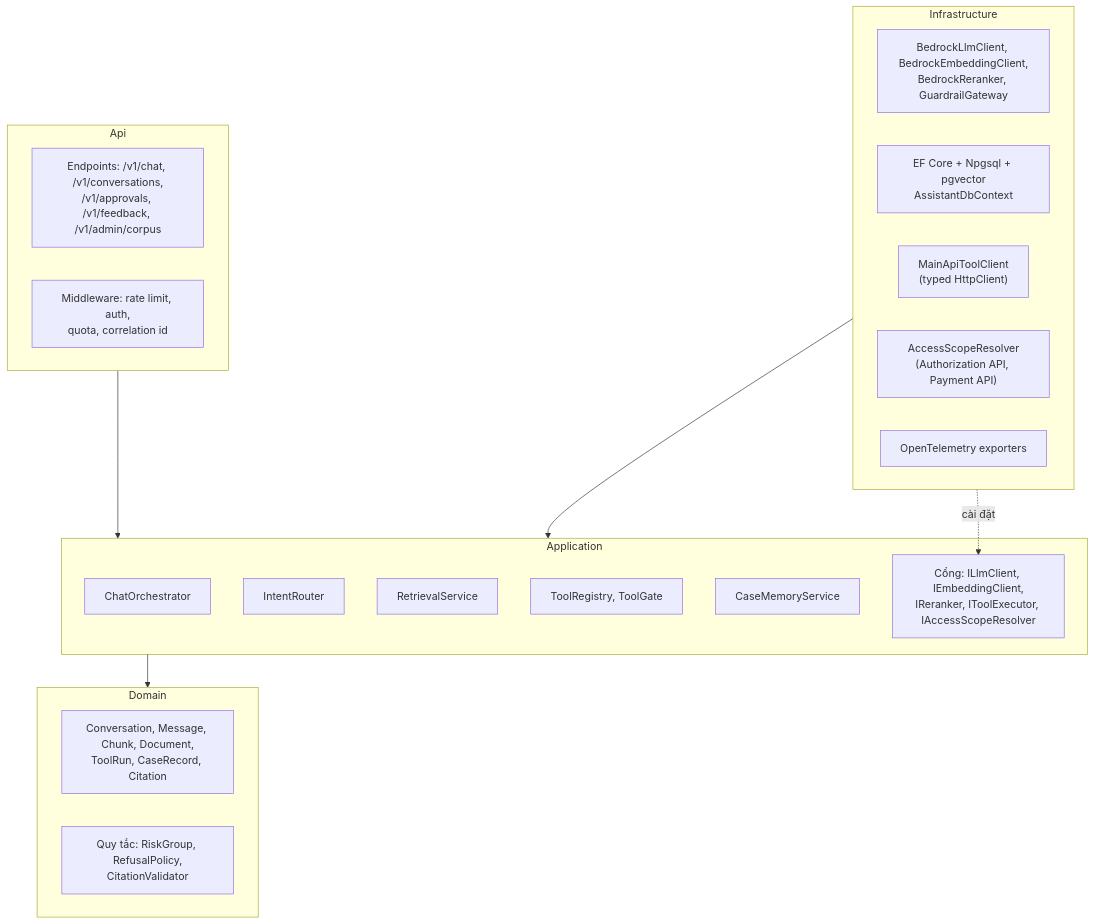
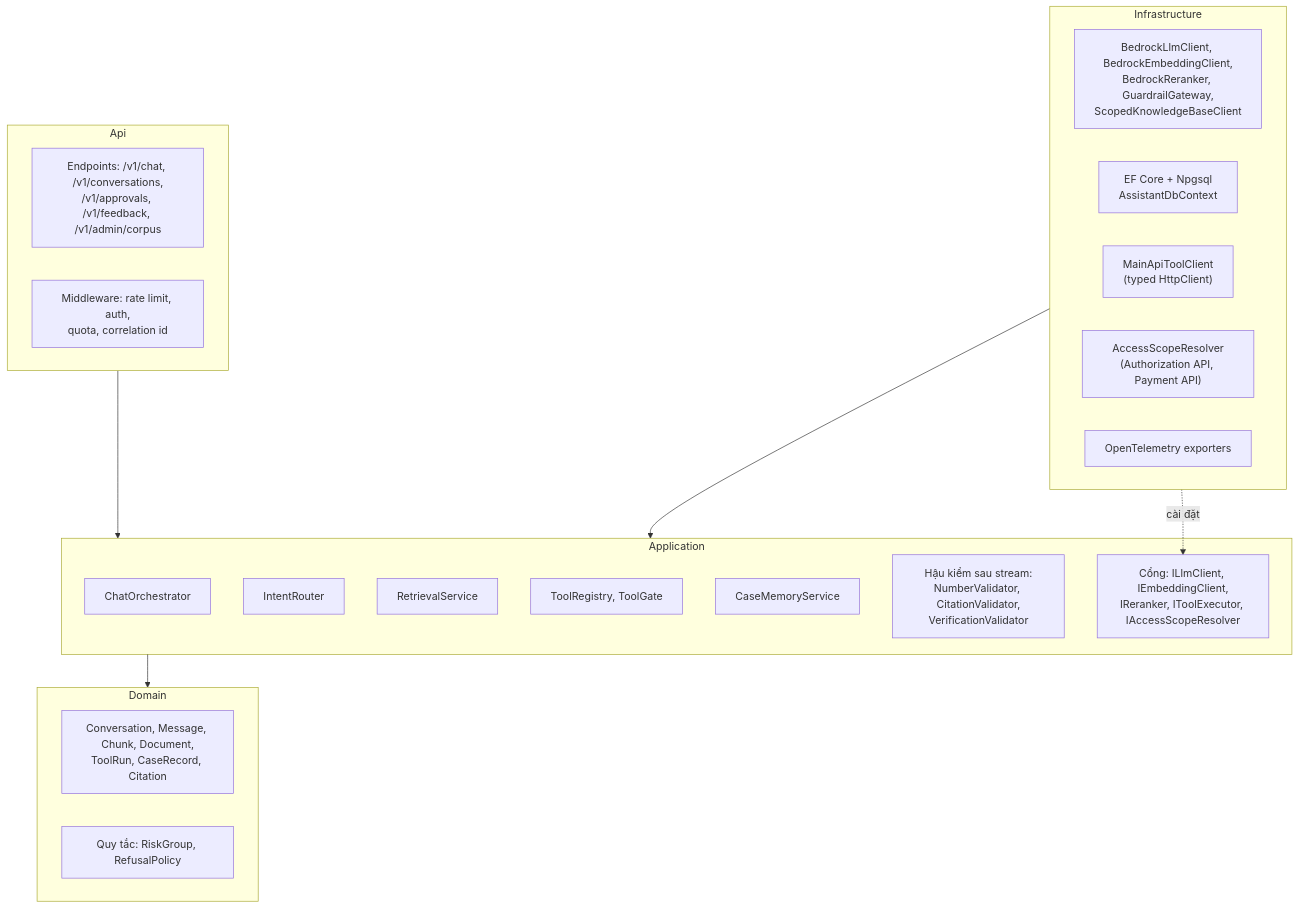
Before and after one commit to vdloc/vfstructures-ai-solution: the fourth of 4 diagrams in 01-kien-truc-tong-the.md, drawn with Mermaid. The commit also changed other lines of this file and 26 other files, not shown here.

Commit message:
Update v1.1 architecture docs and add guidelines, specs, presentation material

````diff
--- a/01-kien-truc-tong-the.md
+++ b/01-kien-truc-tong-the.md
@@ -190,31 +192,32 @@
 ```mermaid
 flowchart TB
   subgraph API["Api"]
     EP["Endpoints: /v1/chat, /v1/conversations,<br/>/v1/approvals, /v1/feedback, /v1/admin/corpus"]
     MW["Middleware: rate limit, auth,<br/>quota, correlation id"]
   end
   subgraph INFRA["Infrastructure"]
-    BEDROCK["BedrockLlmClient, BedrockEmbeddingClient,<br/>BedrockReranker, GuardrailGateway"]
-    PG["EF Core + Npgsql + pgvector<br/>AssistantDbContext"]
+    BEDROCK["BedrockLlmClient, BedrockEmbeddingClient,<br/>BedrockReranker, GuardrailGateway,<br/>ScopedKnowledgeBaseClient"]
+    PG["EF Core + Npgsql<br/>AssistantDbContext"]
     MAINCLIENT["MainApiToolClient<br/>(typed HttpClient)"]
     SCOPE["AccessScopeResolver<br/>(Authorization API, Payment API)"]
     OTEL["OpenTelemetry exporters"]
   end
   subgraph APP["Application"]
     ORCH["ChatOrchestrator"]
     ROUTER["IntentRouter"]
     RAG["RetrievalService"]
     TOOLS["ToolRegistry, ToolGate"]
     CASES["CaseMemoryService"]
+    POST["Hậu kiểm sau stream:<br/>NumberValidator, CitationValidator,<br/>VerificationValidator"]
     PORTS["Cổng: ILlmClient, IEmbeddingClient,<br/>IReranker, IToolExecutor, IAccessScopeResolver"]
   end
   subgraph DOM["Domain"]
     ENT["Conversation, Message, Chunk, Document,<br/>ToolRun, CaseRecord, Citation"]
-    RULES["Quy tắc: RiskGroup, RefusalPolicy,<br/>CitationValidator"]
+    RULES["Quy tắc: RiskGroup, RefusalPolicy"]
   end
 
   API --> APP
   INFRA --> APP
   APP --> DOM
   INFRA -.->|"cài đặt"| PORTS
 ```
````
